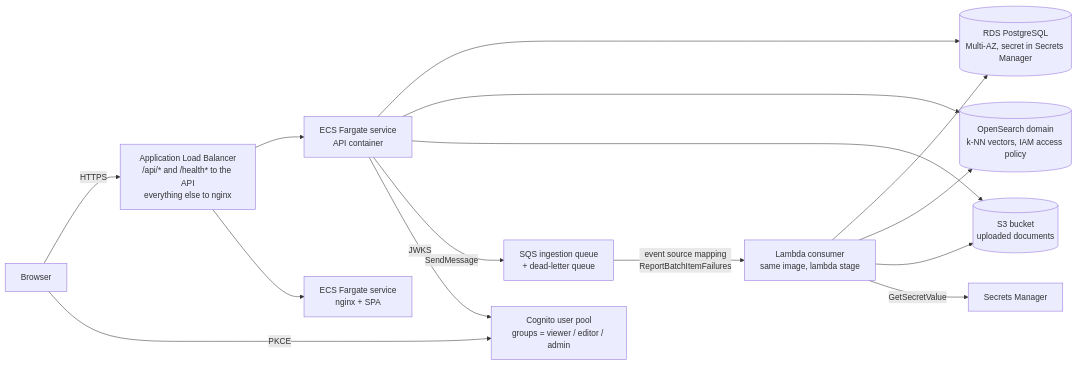
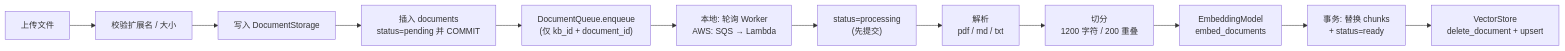
One commit to Toy-Chang/Aws-Enterprise-Rag-Platform changed the second of 7 diagrams in README.md. Above: the diagram before and after it, drawn with Mermaid. The commit also changed other lines of this file, not shown here.

````diff
--- a/README.md
+++ b/README.md
@@ -145,17 +135,14 @@
 ```mermaid
 flowchart LR
-    Browser["Browser"] -->|"HTTPS"| ALB["Application Load Balancer<br/>/api/* and /health* to the API<br/>everything else to nginx"]
-    ALB --> APITask["ECS Fargate service<br/>API container"]
-    ALB --> WebTask["ECS Fargate service<br/>nginx + SPA"]
-    APITask --> RDS[("RDS PostgreSQL<br/>Multi-AZ, secret in Secrets Manager")]
-    APITask --> OS[("OpenSearch domain<br/>k-NN vectors, IAM access policy")]
-    APITask --> S3[("S3 bucket<br/>uploaded documents")]
-    APITask -->|"SendMessage"| SQS["SQS ingestion queue<br/>+ dead-letter queue"]
-    SQS -->|"event source mapping<br/>ReportBatchItemFailures"| Lambda["Lambda consumer<br/>same image, lambda stage"]
-    Lambda --> RDS
-    Lambda --> OS
-    Lambda --> S3
-    Lambda -->|"GetSecretValue"| SM["Secrets Manager"]
-    Browser -->|"PKCE"| Cognito["Cognito user pool<br/>groups = viewer / editor / admin"]
-    APITask -->|"JWKS"| Cognito
+    U["上传文件"] --> V["校验扩展名 / 大小"]
+    V --> S["写入 DocumentStorage"]
+    S --> P["插入 documents<br/>status=pending 并 COMMIT"]
+    P --> Q["DocumentQueue.enqueue<br/>(仅 kb_id + document_id)"]
+    Q --> W["本地: 轮询 Worker<br/>AWS: SQS → Lambda"]
+    W --> PR["status=processing<br/>(先提交)"]
+    PR --> PA["解析<br/>pdf / md / txt"]
+    PA --> C["切分<br/>1200 字符 / 200 重叠"]
+    C --> E["EmbeddingModel<br/>embed_documents"]
+    E --> T["事务: 替换 chunks<br/>+ status=ready"]
+    T --> I["VectorStore<br/>delete_document + upsert"]
 ```
````
